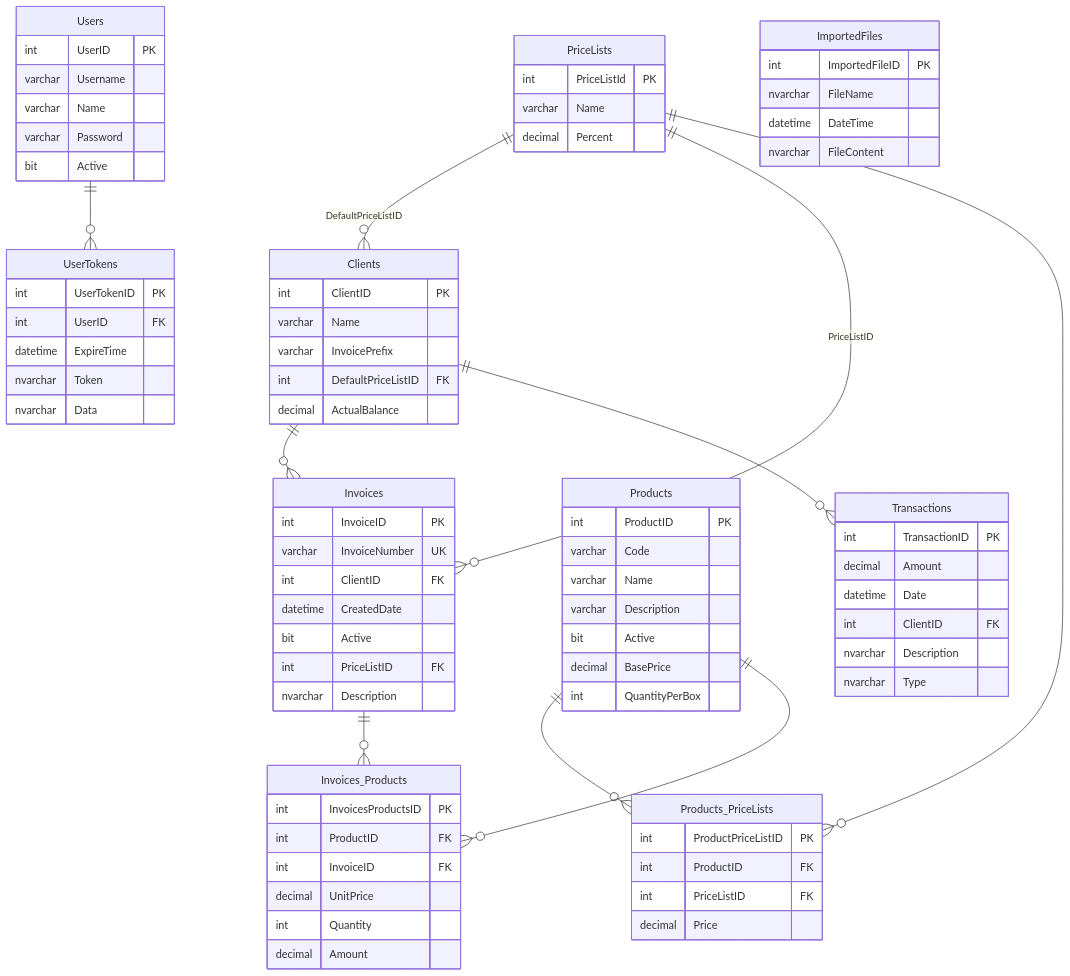
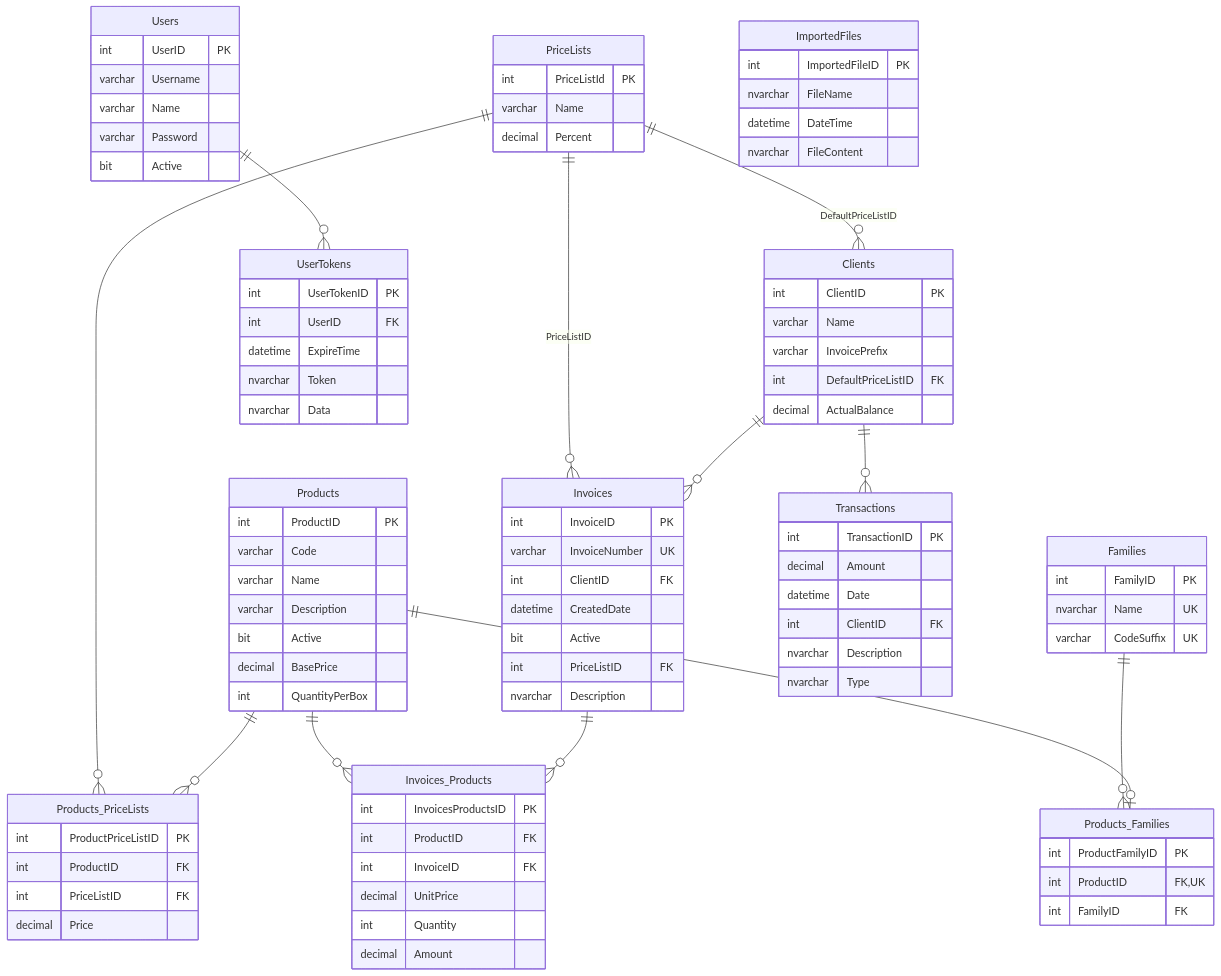
Before and after one commit to faacumoral/DistribuidoraGustavo: the diagram in docs/base-de-datos.md, drawn with Mermaid. The commit also changed other lines of this file and 30 other files, not shown here.

First line of the commit message:
Add product families and restyle the site

````diff
--- a/docs/base-de-datos.md
+++ b/docs/base-de-datos.md
@@ -9,65 +9,73 @@
 ```mermaid
 erDiagram
     PriceLists ||--o{ Clients : "DefaultPriceListID"
     PriceLists ||--o{ Invoices : "PriceListID"
     PriceLists ||--o{ Products_PriceLists : ""
     Products   ||--o{ Products_PriceLists : ""
+    Families   ||--o{ Products_Families : ""
+    Products   ||--o| Products_Families : ""
     Products   ||--o{ Invoices_Products : ""
     Invoices   ||--o{ Invoices_Products : ""
     Clients    ||--o{ Invoices : ""
     Clients    ||--o{ Transactions : ""
     Users      ||--o{ UserTokens : ""
 
     Clients { int ClientID PK
               varchar Name
               varchar InvoicePrefix
               int DefaultPriceListID FK
               decimal ActualBalance }
     PriceLists { int PriceListId PK
                  varchar Name
                  decimal Percent }
     Products { int ProductID PK
                varchar Code
                varchar Name
                varchar Description
                bit Active
                decimal BasePrice
                int QuantityPerBox }
+    Families { int FamilyID PK
+               nvarchar Name UK
+               varchar CodeSuffix UK }
+    Products_Families { int ProductFamilyID PK
+                        int ProductID FK,UK
+                        int FamilyID FK }
     Products_PriceLists { int ProductPriceListID PK
                           int ProductID FK
                           int PriceListID FK
                           decimal Price }
     Invoices { int InvoiceID PK
                varchar InvoiceNumber UK
                int ClientID FK
                datetime CreatedDate
                bit Active
                int PriceListID FK
                nvarchar Description }
     Invoices_Products { int InvoicesProductsID PK
                         int ProductID FK
                         int InvoiceID FK
                         decimal UnitPrice
                         int Quantity
                         decimal Amount }
     Transactions { int TransactionID PK
                    decimal Amount
                    datetime Date
                    int ClientID FK
                    nvarchar Description
                    nvarchar Type }
     Users { int UserID PK
             varchar Username
             varchar Name
             varchar Password
             bit Active }
     UserTokens { int UserTokenID PK
                  int UserID FK
                  datetime ExpireTime
                  nvarchar Token
                  nvarchar Data }
     ImportedFiles { int ImportedFileID PK
                     nvarchar FileName
                     datetime DateTime
                     nvarchar FileContent }
 ```
````
